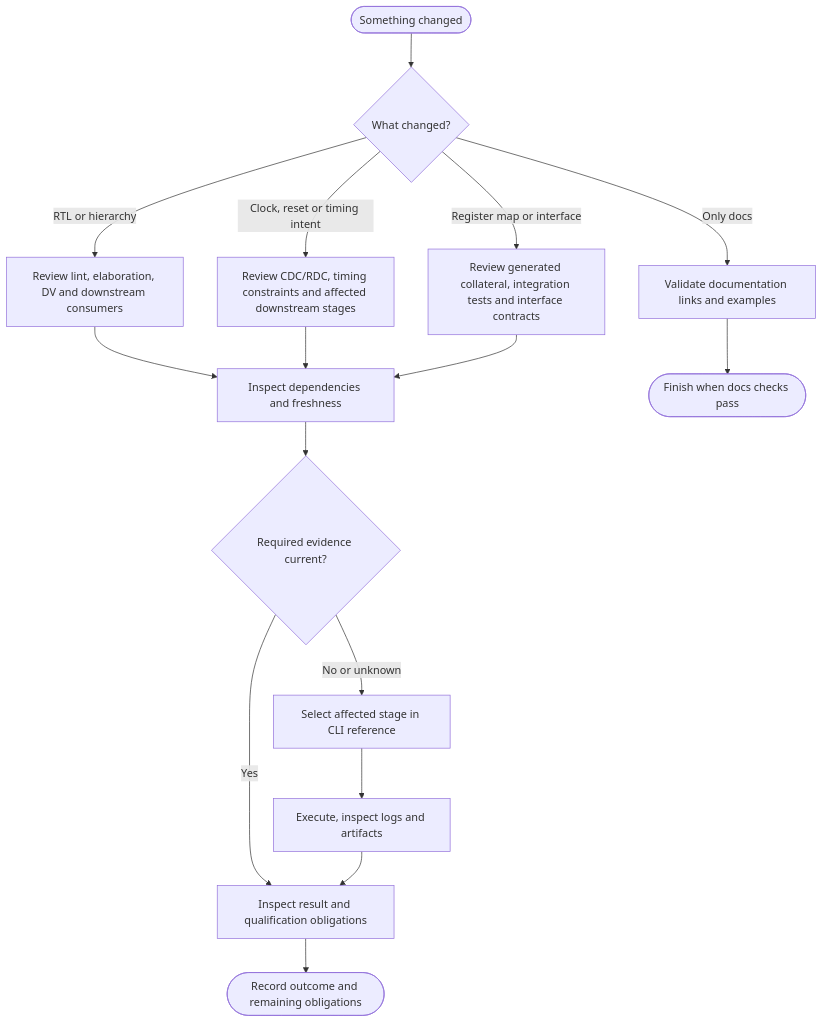
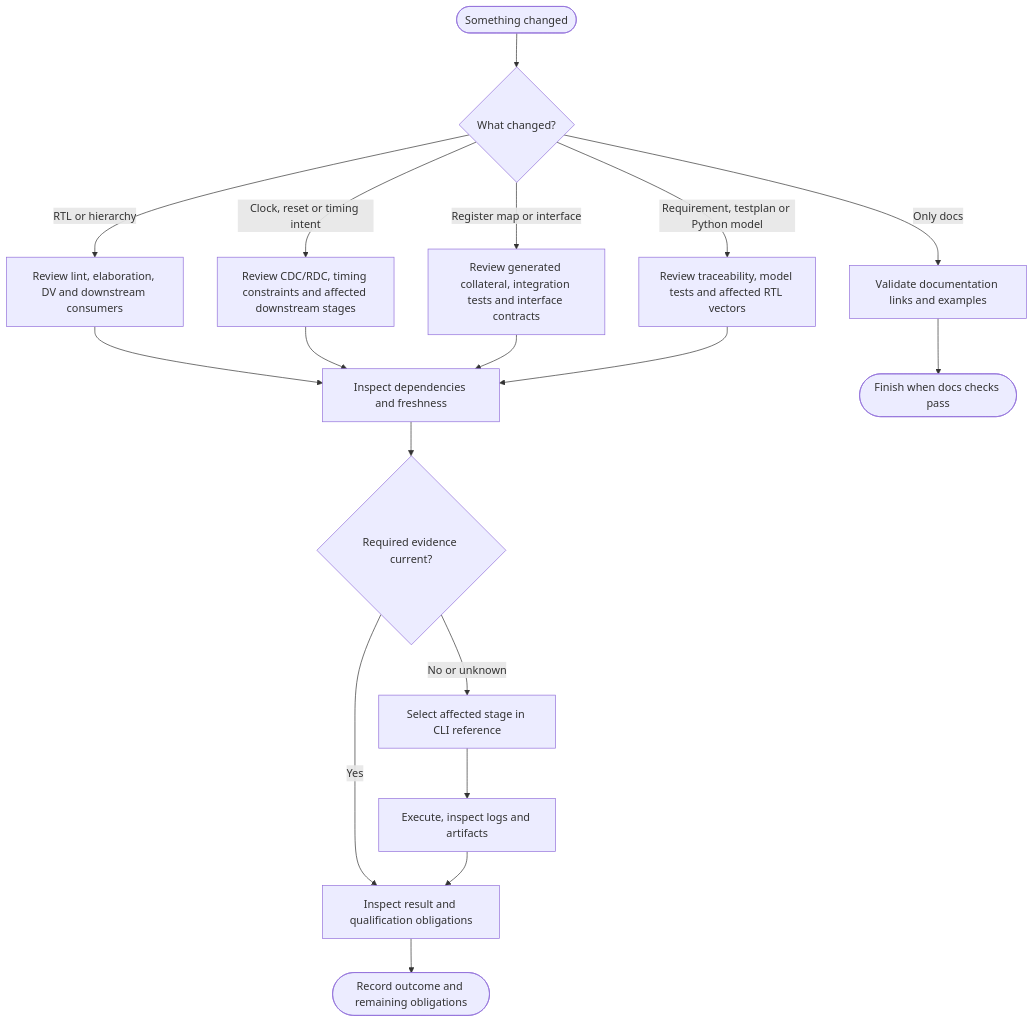
Before and after one commit to EneaDim/flexsoc: the first of 2 diagrams in docs/guides/choose-a-workflow.md, drawn with Mermaid. The commit also changed other lines of this file and 69 other files, not shown here.

````diff
--- a/docs/guides/choose-a-workflow.md
+++ b/docs/guides/choose-a-workflow.md
@@ -11,18 +11,20 @@
 ```mermaid
 flowchart TD
     A([Something changed]) --> B{What changed?}
     B -->|RTL or hierarchy| C[Review lint, elaboration, DV and downstream consumers]
     B -->|Clock, reset or timing intent| D[Review CDC/RDC, timing constraints and affected downstream stages]
     B -->|Register map or interface| E[Review generated collateral, integration tests and interface contracts]
+    B -->|Requirement, testplan or Python model| F[Review traceability, model tests and affected RTL vectors]
     B -->|Only docs| G[Validate documentation links and examples]
     C --> H[Inspect dependencies and freshness]
     D --> H
     E --> H
+    F --> H
     G --> I([Finish when docs checks pass])
     H --> J{Required evidence current?}
     J -->|No or unknown| K[Select affected stage in CLI reference]
     J -->|Yes| L[Inspect result and qualification obligations]
     K --> M[Execute, inspect logs and artifacts]
     M --> L
     L --> N([Record outcome and remaining obligations])
 ```
````
